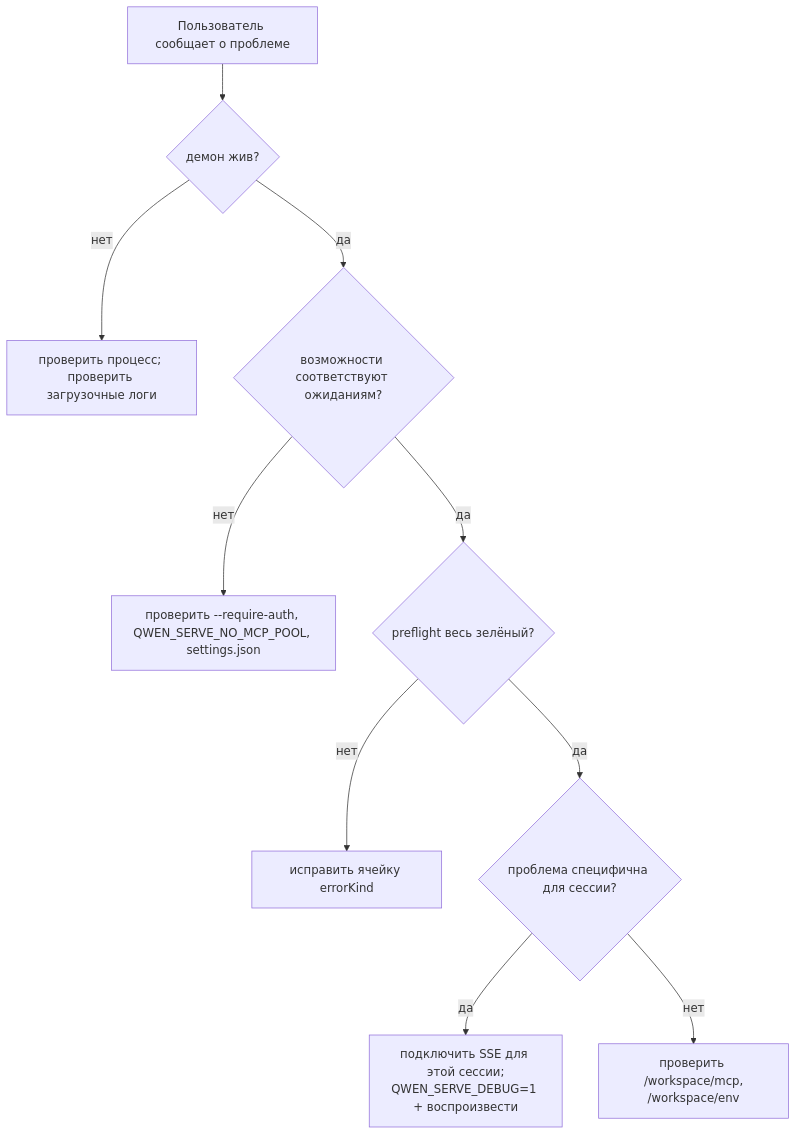
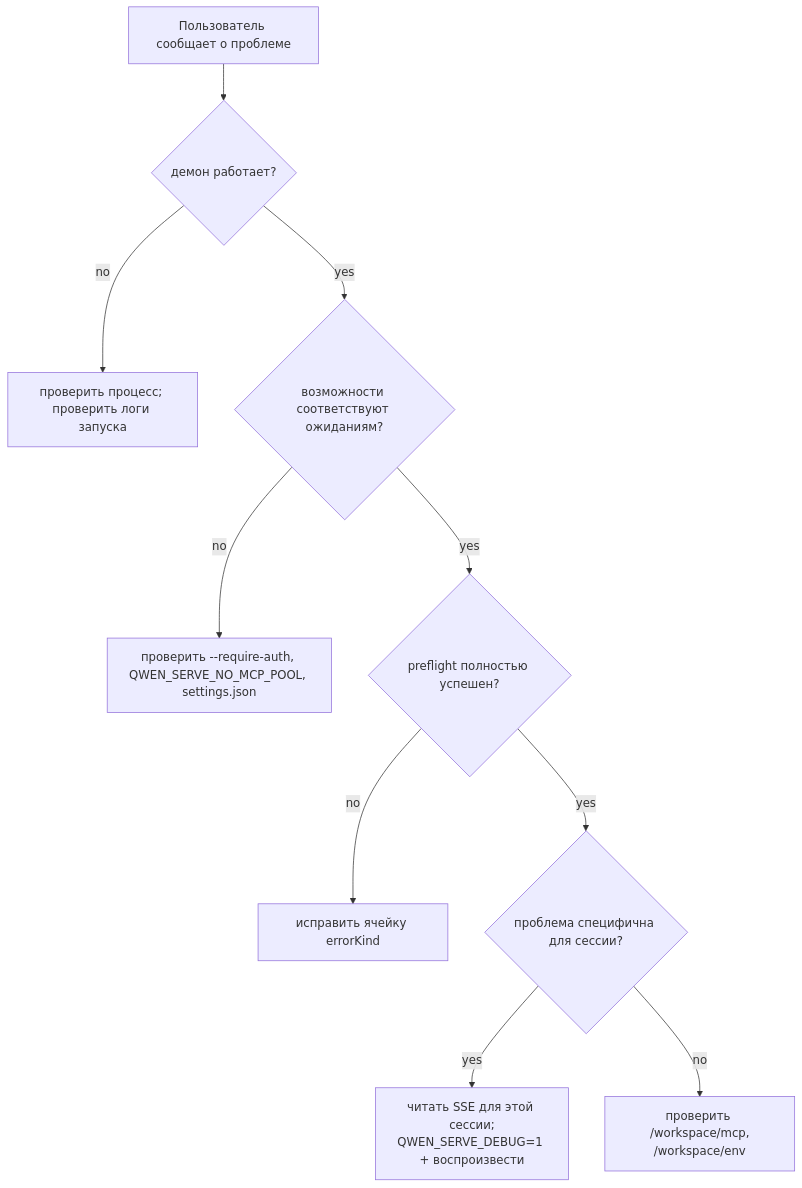
Before and after one commit to QwenLM/qwen-code-docs: the diagram in website/content/ru/developers/daemon/19-observability.md, drawn with Mermaid. The commit also changed other lines of this file and 128 other files, not shown here.

````diff
--- a/website/content/ru/developers/daemon/19-observability.md
+++ b/website/content/ru/developers/daemon/19-observability.md
@@ -98,12 +127,12 @@
 ```mermaid
 flowchart TD
-    A[Пользователь сообщает о проблеме] --> B{демон жив?}
-    B -->|нет| BD[проверить процесс; проверить загрузочные логи]
-    B -->|да| C{возможности соответствуют ожиданиям?}
-    C -->|нет| CD["проверить --require-auth, QWEN_SERVE_NO_MCP_POOL, settings.json"]
-    C -->|да| D{preflight весь зелёный?}
-    D -->|нет| DD["исправить ячейку errorKind"]
-    D -->|да| E{проблема специфична для сессии?}
-    E -->|да| ES["подключить SSE для этой сессии;<br/>QWEN_SERVE_DEBUG=1 + воспроизвести"]
-    E -->|нет| EW["проверить /workspace/mcp,<br/>/workspace/env"]
+    A[Пользователь сообщает о проблеме] --> B{демон работает?}
+    B -->|no| BD[проверить процесс; проверить логи запуска]
+    B -->|yes| C{возможности соответствуют ожиданиям?}
+    C -->|no| CD["проверить --require-auth, QWEN_SERVE_NO_MCP_POOL, settings.json"]
+    C -->|yes| D{preflight полностью успешен?}
+    D -->|no| DD["исправить ячейку errorKind"]
+    D -->|yes| E{проблема специфична для сессии?}
+    E -->|yes| ES["читать SSE для этой сессии;<br/>QWEN_SERVE_DEBUG=1 + воспроизвести"]
+    E -->|no| EW["проверить /workspace/mcp,<br/>/workspace/env"]
 ```
````
